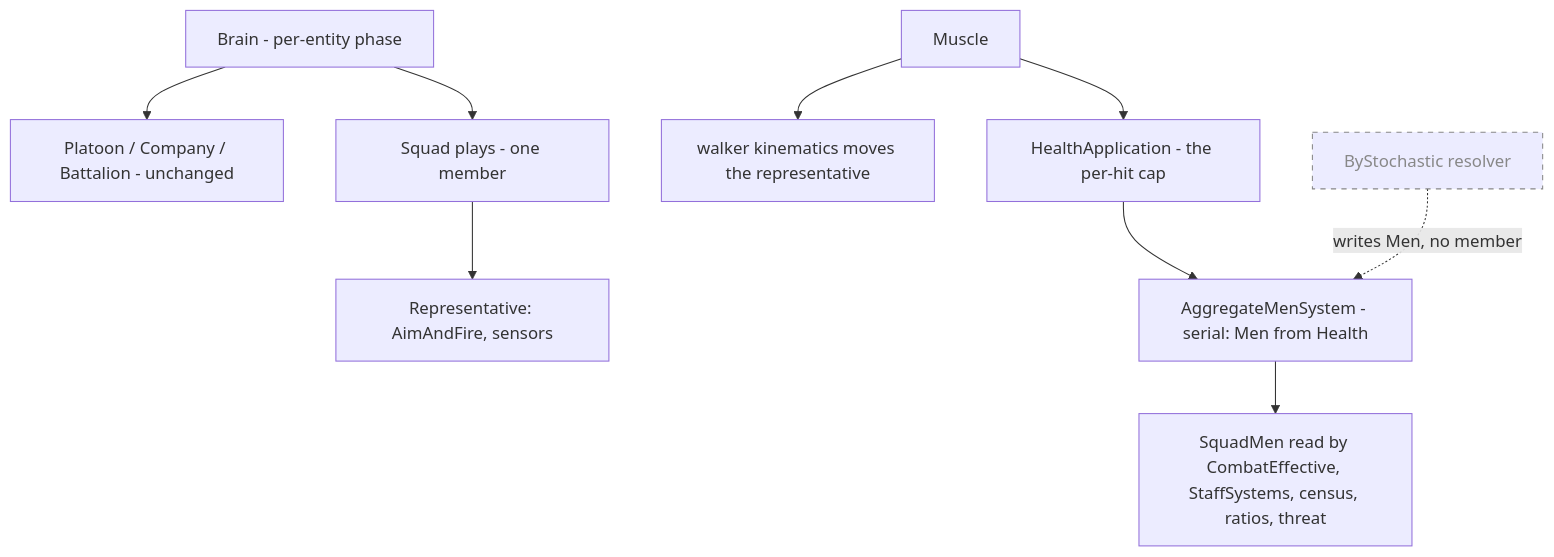
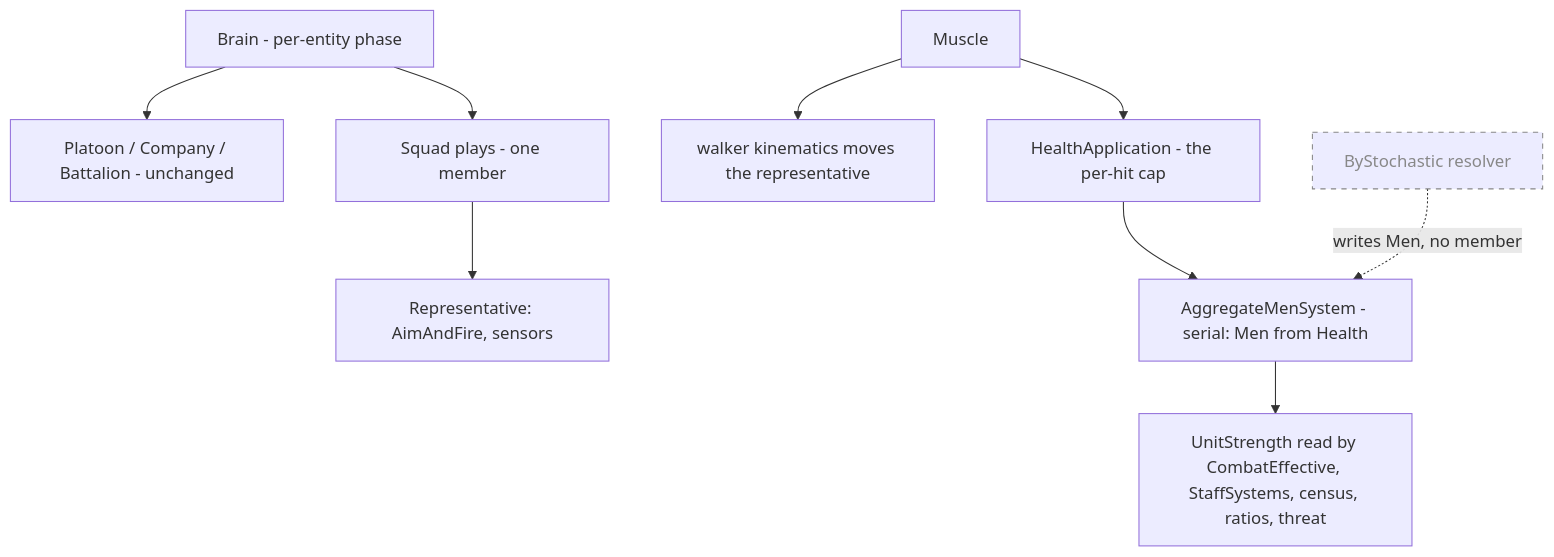
One commit to pjanec/HROT changed the third of 5 diagrams in docs/designs/aggregate-units/DESIGN_Aggregate_Squad.md. Above: the diagram before and after it, drawn with Mermaid. The commit also changed other lines of this file and 2 other files, not shown here.

First line of the commit message:
docs(CE-4611): R-D1…R-D13 approved (R-4251); the seam is UnitStrength; A-1 by typed CurrentOrder

````diff
--- a/docs/designs/aggregate-units/DESIGN_Aggregate_Squad.md
+++ b/docs/designs/aggregate-units/DESIGN_Aggregate_Squad.md
@@ -138,12 +138,12 @@
 ```mermaid
 graph TD
   BR[Brain - per-entity phase] --> PL[Platoon / Company / Battalion - unchanged]
   BR --> SQ[Squad plays - one member]
   SQ --> REP[Representative: AimAndFire, sensors]
   MU[Muscle] --> KIN[walker kinematics moves the representative]
   MU --> DMG[HealthApplication - the per-hit cap]
   DMG --> MEN[AggregateMenSystem - serial: Men from Health]
-  MEN --> SEAM[SquadMen read by CombatEffective, StaffSystems, census, ratios, threat]
+  MEN --> SEAM[UnitStrength read by CombatEffective, StaffSystems, census, ratios, threat]
   LATER[ByStochastic resolver]:::later -.writes Men, no member.-> MEN
   classDef later stroke:#888,color:#888,stroke-dasharray: 5 5
 ```
````
